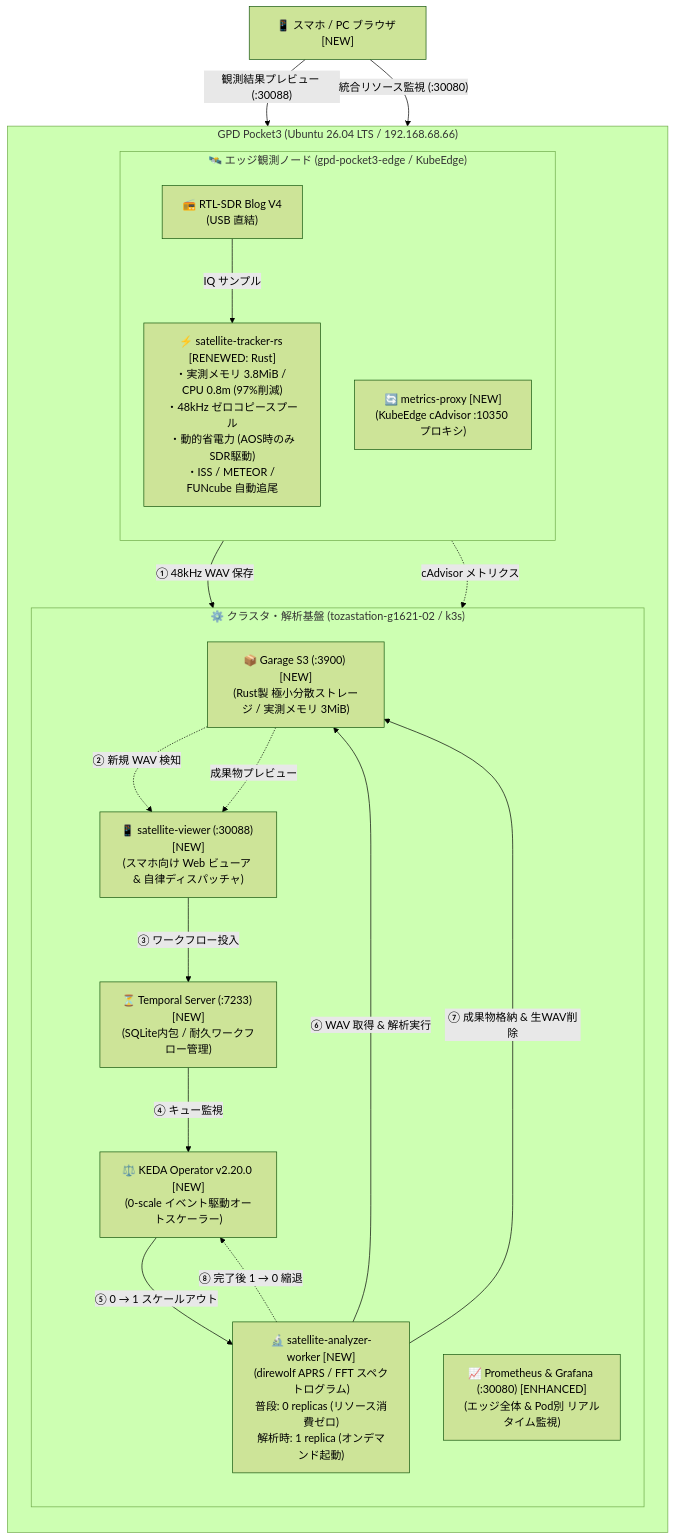
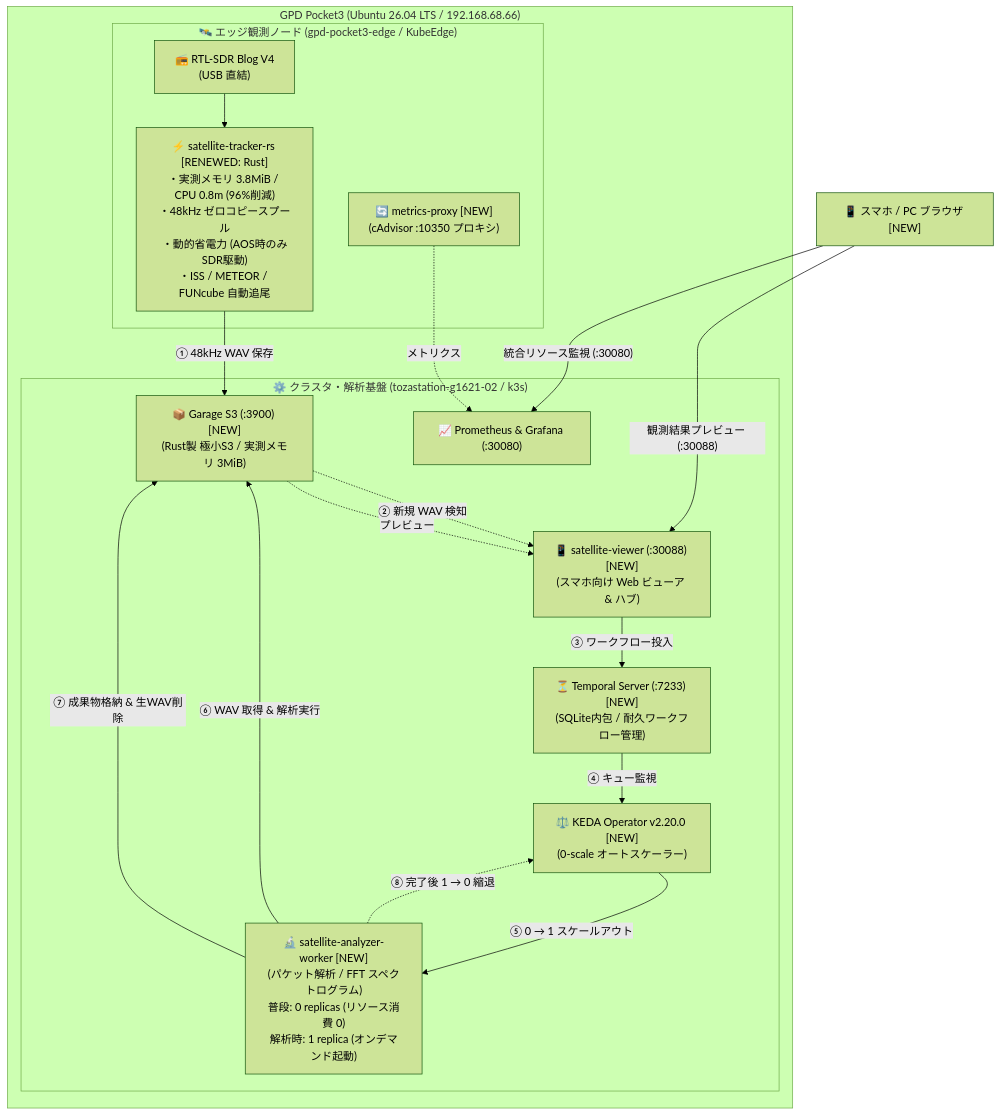
The second of 2 diagrams in docs/articles/qiita_kubeedge_pipeline.md (tozastation/radio-astronomy), drawn with Mermaid (forest theme) before and after one commit. The commit also changed other lines of this file, not shown here.

````diff
--- a/docs/articles/qiita_kubeedge_pipeline.md
+++ b/docs/articles/qiita_kubeedge_pipeline.md
@@ -98,42 +88,35 @@
 ```mermaid
 flowchart TB
     subgraph Host["GPD Pocket3 (Ubuntu 26.04 LTS / 192.168.68.66)"]
-        direction TB
-
         subgraph EdgeSide["🛰️ エッジ観測ノード (gpd-pocket3-edge / KubeEdge)"]
-            direction TB
             RTLSDR["📻 RTL-SDR Blog V4<br/>(USB 直結)"]
-            TrackerNew["⚡ satellite-tracker-rs [RENEWED: Rust]<br/>・実測メモリ 3.8MiB / CPU 0.8m (97%削減)<br/>・48kHz ゼロコピースプール<br/>・動的省電力 (AOS時のみSDR駆動)<br/>・ISS / METEOR / FUNcube 自動追尾"]
-            Proxy["🔄 metrics-proxy [NEW]<br/>(KubeEdge cAdvisor :10350 プロキシ)"]
-
-            RTLSDR -->|"IQ サンプル"| TrackerNew
+            TrackerNew["⚡ satellite-tracker-rs [RENEWED: Rust]<br/>・実測メモリ 3.8MiB / CPU 0.8m (96%削減)<br/>・48kHz ゼロコピースプール<br/>・動的省電力 (AOS時のみSDR駆動)<br/>・ISS / METEOR / FUNcube 自動追尾"]
+            Proxy["🔄 metrics-proxy [NEW]<br/>(cAdvisor :10350 プロキシ)"]
+            RTLSDR --> TrackerNew
         end
 
         subgraph CloudSide["⚙️ クラスタ・解析基盤 (tozastation-g1621-02 / k3s)"]
-            direction TB
-            Garage["📦 Garage S3 (:3900) [NEW]<br/>(Rust製 極小分散ストレージ / 実測メモリ 3MiB)"]
+            Garage["📦 Garage S3 (:3900) [NEW]<br/>(Rust製 極小S3 / 実測メモリ 3MiB)"]
             Temporal["⏳ Temporal Server (:7233) [NEW]<br/>(SQLite内包 / 耐久ワークフロー管理)"]
-            KEDA["⚖️ KEDA Operator v2.20.0 [NEW]<br/>(0-scale イベント駆動オートスケーラー)"]
-            Worker["🔬 satellite-analyzer-worker [NEW]<br/>(direwolf APRS / FFT スペクトログラム)<br/>普段: 0 replicas (リソース消費ゼロ)<br/>解析時: 1 replica (オンデマンド起動)"]
-            Viewer["📱 satellite-viewer (:30088) [NEW]<br/>(スマホ向け Web ビューア & 自律ディスパッチャ)"]
-
-            Prometheus["📈 Prometheus & Grafana (:30080) [ENHANCED]<br/>(エッジ全体 & Pod別 リアルタイム監視)"]
+            KEDA["⚖️ KEDA Operator v2.20.0 [NEW]<br/>(0-scale オートスケーラー)"]
+            Worker["🔬 satellite-analyzer-worker [NEW]<br/>(パケット解析 / FFT スペクトログラム)<br/>普段: 0 replicas (リソース消費 0)<br/>解析時: 1 replica (オンデマンド起動)"]
+            Viewer["📱 satellite-viewer (:30088) [NEW]<br/>(スマホ向け Web ビューア & ハブ)"]
+            Prometheus["📈 Prometheus & Grafana (:30080)"]
 
             TrackerNew -->|"① 48kHz WAV 保存"| Garage
             Garage -.->|"② 新規 WAV 検知"| Viewer
             Viewer -->|"③ ワークフロー投入"| Temporal
             Temporal -->|"④ キュー監視"| KEDA
             KEDA -->|"⑤ 0 → 1 スケールアウト"| Worker
             Worker -->|"⑥ WAV 取得 & 解析実行"| Garage
             Worker -->|"⑦ 成果物格納 & 生WAV削除"| Garage
             Worker -.->|"⑧ 完了後 1 → 0 縮退"| KEDA
-
-            Proxy -.->|"cAdvisor メトリクス"| Prometheus
-            Garage -.->|"成果物プレビュー"| Viewer
+            Proxy -.->|"メトリクス"| Prometheus
+            Garage -.->|"プレビュー"| Viewer
         end
     end
 
     UserPhone["📱 スマホ / PC ブラウザ [NEW]"]
     UserPhone -->|"観測結果プレビュー (:30088)"| Viewer
     UserPhone -->|"統合リソース監視 (:30080)"| Prometheus
 ```
````
